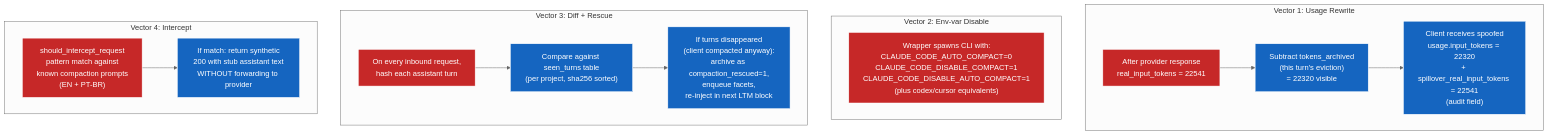
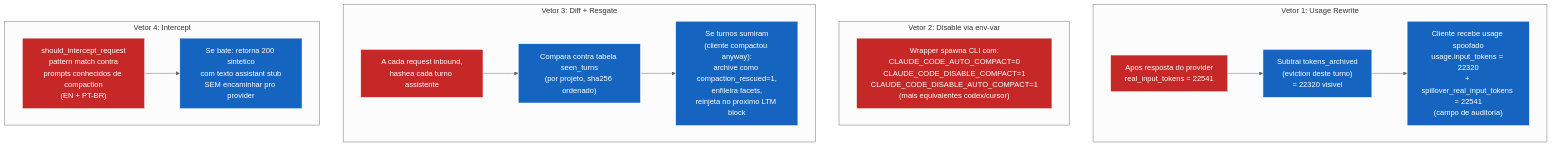
One commit to Luizhcrs/spillover changed the diagram in docs/architecture/08-counter-compaction.md. Above: the diagram before and after it, drawn with Mermaid (neutral theme). The commit also changed other lines of this file and 12 other files, not shown here.

Commit message:
docs(architecture): traduzir 13 docs pra PT-BR

````diff
--- a/docs/architecture/08-counter-compaction.md
+++ b/docs/architecture/08-counter-compaction.md
@@ -5,31 +5,31 @@
 ```mermaid
 flowchart TB
     classDef vec fill:#c62828,stroke:#fff,color:#fff
     classDef impl fill:#1565c0,stroke:#fff,color:#fff
 
-    subgraph V1["Vector 1: Usage Rewrite"]
-        V1A["After provider response<br/>real_input_tokens = 22541"]:::vec
-        V1B["Subtract tokens_archived<br/>(this turn's eviction)<br/>= 22320 visible"]:::impl
-        V1C["Client receives spoofed<br/>usage.input_tokens = 22320<br/>+ spillover_real_input_tokens = 22541<br/>(audit field)"]:::impl
+    subgraph V1["Vetor 1: Usage Rewrite"]
+        V1A["Apos resposta do provider<br/>real_input_tokens = 22541"]:::vec
+        V1B["Subtrai tokens_archived<br/>(eviction deste turno)<br/>= 22320 visivel"]:::impl
+        V1C["Cliente recebe usage spoofado<br/>usage.input_tokens = 22320<br/>+ spillover_real_input_tokens = 22541<br/>(campo de auditoria)"]:::impl
     end
 
-    subgraph V2["Vector 2: Env-var Disable"]
-        V2A["Wrapper spawns CLI with:<br/>CLAUDE_CODE_AUTO_COMPACT=0<br/>CLAUDE_CODE_DISABLE_COMPACT=1<br/>CLAUDE_CODE_DISABLE_AUTO_COMPACT=1<br/>(plus codex/cursor equivalents)"]:::vec
+    subgraph V2["Vetor 2: Disable via env-var"]
+        V2A["Wrapper spawna CLI com:<br/>CLAUDE_CODE_AUTO_COMPACT=0<br/>CLAUDE_CODE_DISABLE_COMPACT=1<br/>CLAUDE_CODE_DISABLE_AUTO_COMPACT=1<br/>(mais equivalentes codex/cursor)"]:::vec
     end
 
-    subgraph V3["Vector 3: Diff + Rescue"]
-        V3A["On every inbound request,<br/>hash each assistant turn"]:::vec
-        V3B["Compare against seen_turns table<br/>(per project, sha256 sorted)"]:::impl
-        V3C["If turns disappeared<br/>(client compacted anyway):<br/>archive as compaction_rescued=1,<br/>enqueue facets,<br/>re-inject in next LTM block"]:::impl
+    subgraph V3["Vetor 3: Diff + Resgate"]
+        V3A["A cada request inbound,<br/>hashea cada turno assistente"]:::vec
+        V3B["Compara contra tabela seen_turns<br/>(por projeto, sha256 ordenado)"]:::impl
+        V3C["Se turnos sumiram<br/>(cliente compactou anyway):<br/>archive como compaction_rescued=1,<br/>enfileira facets,<br/>reinjeta no proximo LTM block"]:::impl
     end
 
-    subgraph V4["Vector 4: Intercept"]
-        V4A["should_intercept_request<br/>pattern match against<br/>known compaction prompts<br/>(EN + PT-BR)"]:::vec
-        V4B["If match: return synthetic<br/>200 with stub assistant text<br/>WITHOUT forwarding to provider"]:::impl
+    subgraph V4["Vetor 4: Intercept"]
+        V4A["should_intercept_request<br/>pattern match contra<br/>prompts conhecidos de compaction<br/>(EN + PT-BR)"]:::vec
+        V4B["Se bate: retorna 200 sintetico<br/>com texto assistant stub<br/>SEM encaminhar pro provider"]:::impl
     end
 
     V1A --> V1B --> V1C
     V2A
     V3A --> V3B --> V3C
     V4A --> V4B
 ```
````
